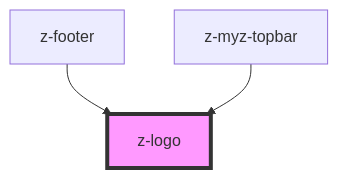
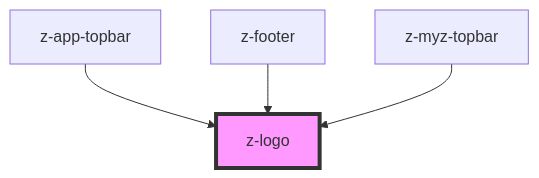
Before and after one commit to ZanichelliEditore/design-system: the diagram in src/components/logo/z-logo/readme.md, drawn with Mermaid. The commit also changed other lines of this file and 11 other files, not shown here.

Commit message:
refactor: adjust z-app-topbar to new design specifications

````diff
--- a/src/components/logo/z-logo/readme.md
+++ b/src/components/logo/z-logo/readme.md
@@ -33,6 +34,7 @@
 ```mermaid
 graph TD;
+  z-app-topbar --> z-logo
   z-footer --> z-logo
   z-myz-topbar --> z-logo
   style z-logo fill:#f9f,stroke:#333,stroke-width:4px
 ```
````
